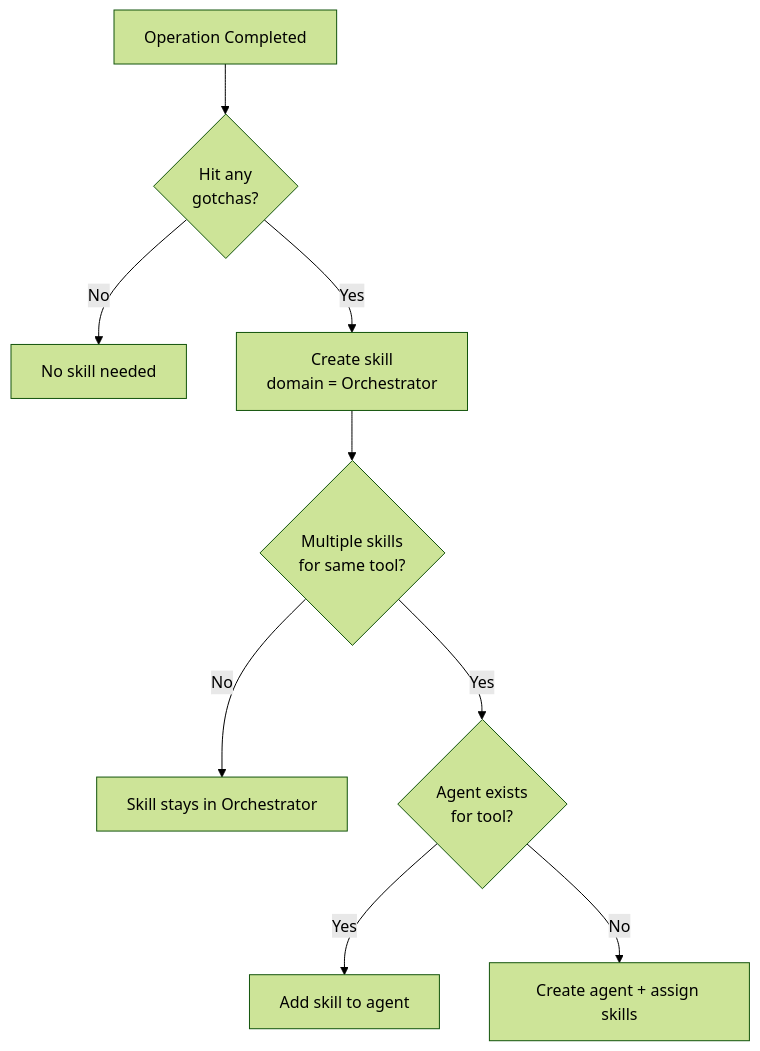
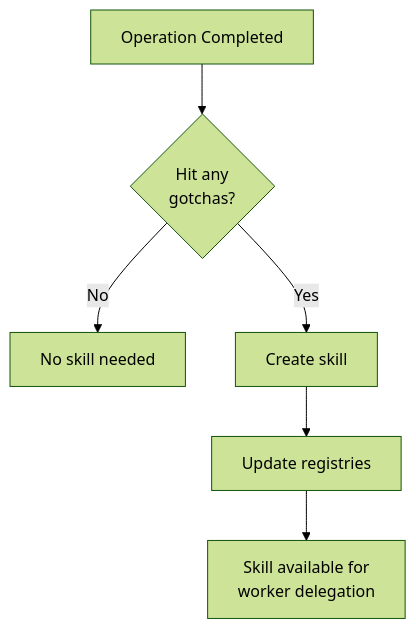
Before and after one commit to lorehq/lore-docs: the third of 5 diagrams in docs/how-it-works.md, drawn with Mermaid (forest theme). The commit also changed other lines of this file and 5 other files, not shown here.

````diff
--- a/docs/how-it-works.md
+++ b/docs/how-it-works.md
@@ -98,11 +98,8 @@
 ```mermaid
 flowchart TD
     op[Operation Completed] --> gotcha{Hit any\ngotchas?}
     gotcha -->|No| skip[No skill needed]
-    gotcha -->|Yes| createSkill[Create skill\ndomain = Orchestrator]
-    createSkill --> cluster{Multiple skills\nfor same tool?}
-    cluster -->|No| wait[Skill stays in Orchestrator]
-    cluster -->|Yes| agentExists{Agent exists\nfor tool?}
-    agentExists -->|Yes| addToAgent[Add skill to agent]
-    agentExists -->|No| createAgent[Create agent + assign skills]
+    gotcha -->|Yes| createSkill[Create skill]
+    createSkill --> registry[Update registries]
+    registry --> done[Skill available for\nworker delegation]
 ```
````
